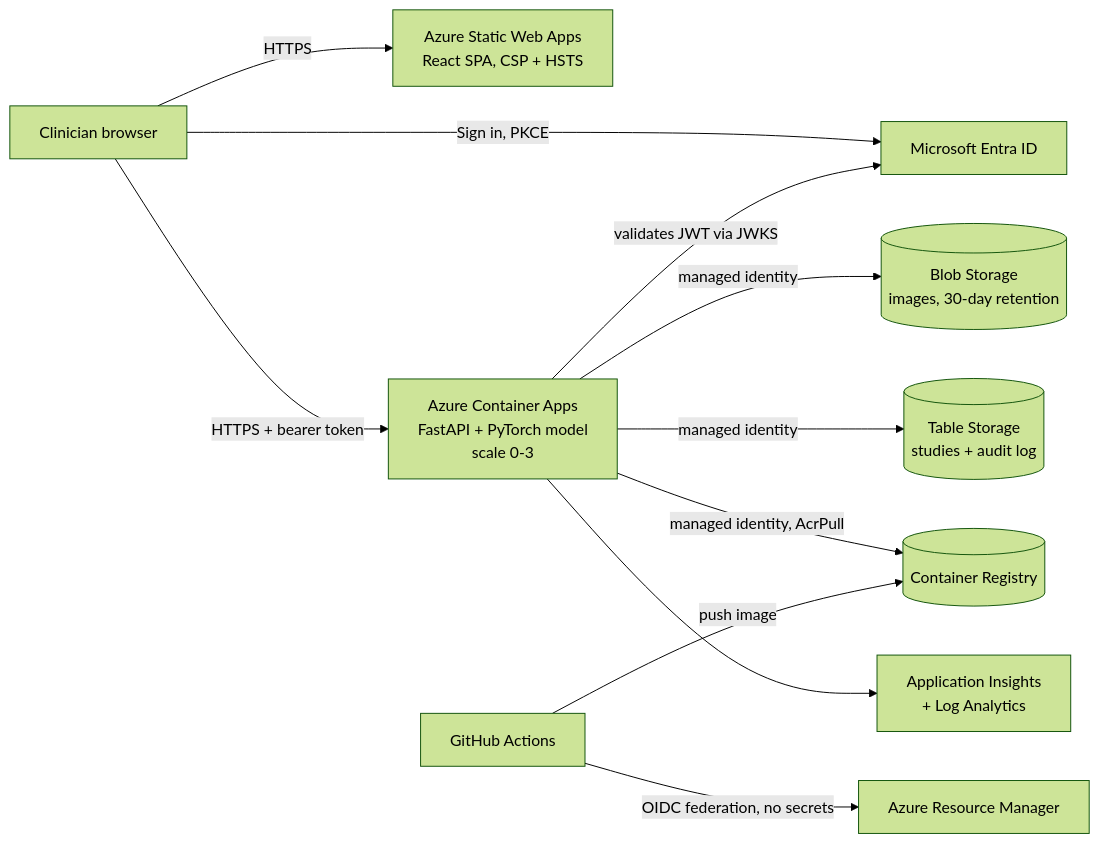
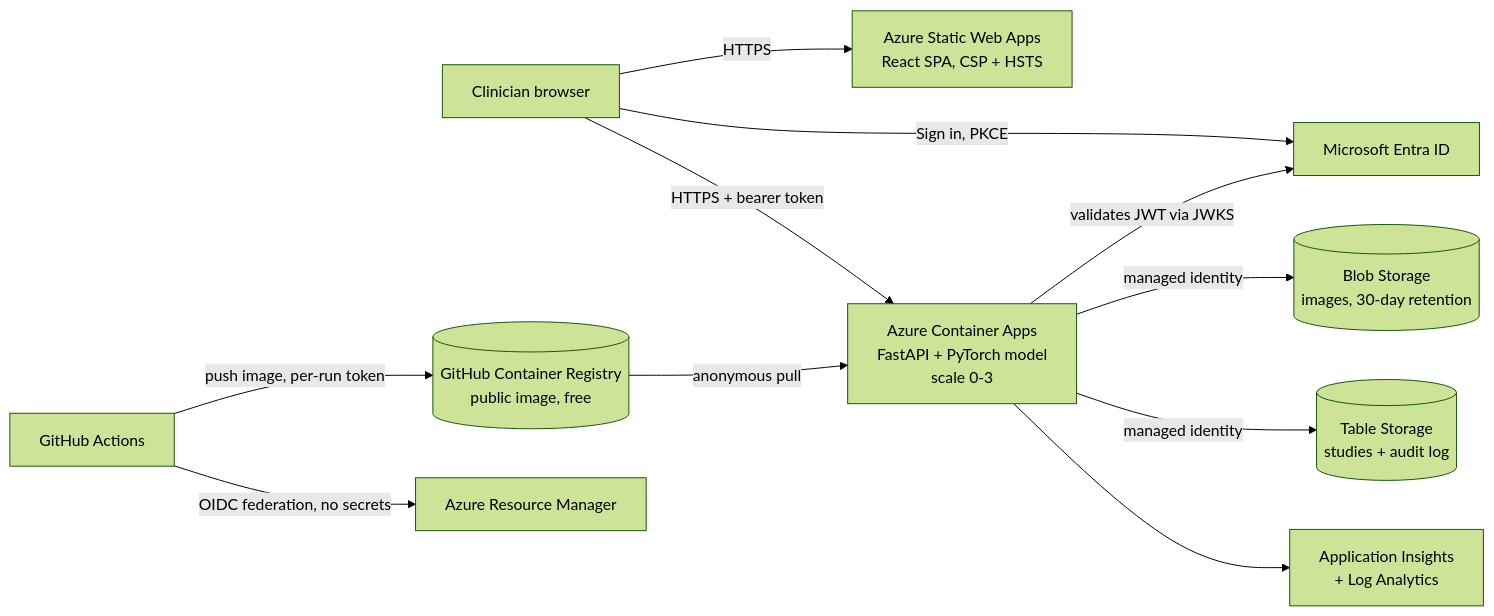
The first of 2 diagrams in docs/azure-deployment.md (Md-Faiz-Alam/Lungs-Disease-Diagnosis), drawn with Mermaid (forest theme) before and after one commit. The commit also changed other lines of this file and 4 other files, not shown here.

First line of the commit message:
Use free GitHub Container Registry and student-subscription defaults

````diff
--- a/docs/azure-deployment.md
+++ b/docs/azure-deployment.md
@@ -8,13 +8,13 @@
 ```mermaid
 flowchart LR
     U[Clinician browser] -->|HTTPS| SWA[Azure Static Web Apps<br/>React SPA, CSP + HSTS]
     U -->|Sign in, PKCE| ENTRA[Microsoft Entra ID]
     U -->|HTTPS + bearer token| CA[Azure Container Apps<br/>FastAPI + PyTorch model<br/>scale 0-3]
     CA -->|validates JWT via JWKS| ENTRA
     CA -->|managed identity| BLOB[(Blob Storage<br/>images, 30-day retention)]
     CA -->|managed identity| TABLE[(Table Storage<br/>studies + audit log)]
-    CA -->|managed identity, AcrPull| ACR[(Container Registry)]
+    GHCR[(GitHub Container Registry<br/>public image, free)] -->|anonymous pull| CA
     CA --> AI[Application Insights<br/>+ Log Analytics]
     GH[GitHub Actions] -->|OIDC federation, no secrets| ARM[Azure Resource Manager]
-    GH -->|push image| ACR
+    GH -->|push image, per-run token| GHCR
 ```
````
